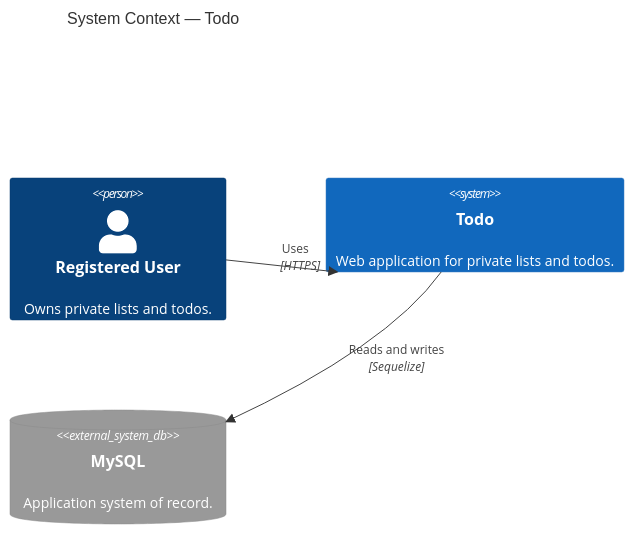
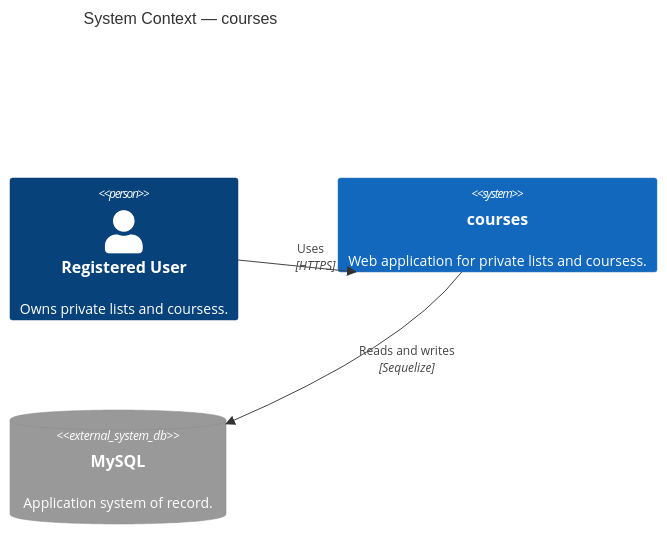
Before and after one commit to GageTarter/Courses-Speckit: the diagram in docs/arch_diagrams/c4-context.md, drawn with Mermaid. The commit also changed other lines of this file and 66 other files, not shown here.

````diff
--- a/docs/arch_diagrams/c4-context.md
+++ b/docs/arch_diagrams/c4-context.md
@@ -5,16 +5,16 @@
 ```mermaid
 C4Context
-title System Context — Todo
+title System Context — courses
 
 UpdateLayoutConfig($c4ShapeInRow="3", $c4BoundaryInRow="1")
 
-Person(user, "Registered User", "Owns private lists and todos.")
-System(todoApp, "Todo", "Web application for private lists and todos.")
+Person(user, "Registered User", "Owns private lists and coursess.")
+System(coursesApp, "courses", "Web application for private lists and coursess.")
 SystemDb_Ext(mysql, "MySQL", "Application system of record.")
 
-Rel(user, todoApp, "Uses", "HTTPS")
-Rel(todoApp, mysql, "Reads and writes", "Sequelize")
+Rel(user, coursesApp, "Uses", "HTTPS")
+Rel(coursesApp, mysql, "Reads and writes", "Sequelize")
 
-UpdateRelStyle(user, todoApp, $offsetY="-20")
-UpdateRelStyle(todoApp, mysql, $offsetX="15")
+UpdateRelStyle(user, coursesApp, $offsetY="-20")
+UpdateRelStyle(coursesApp, mysql, $offsetX="15")
 ```
````
